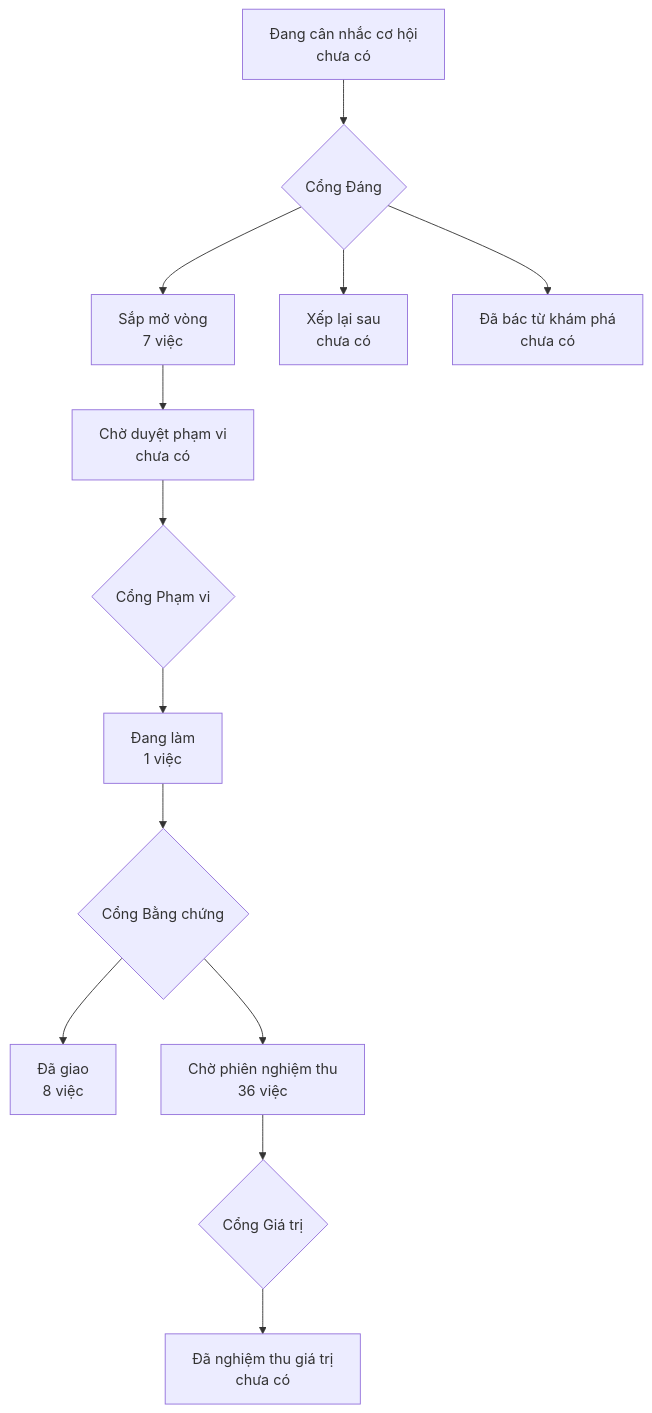
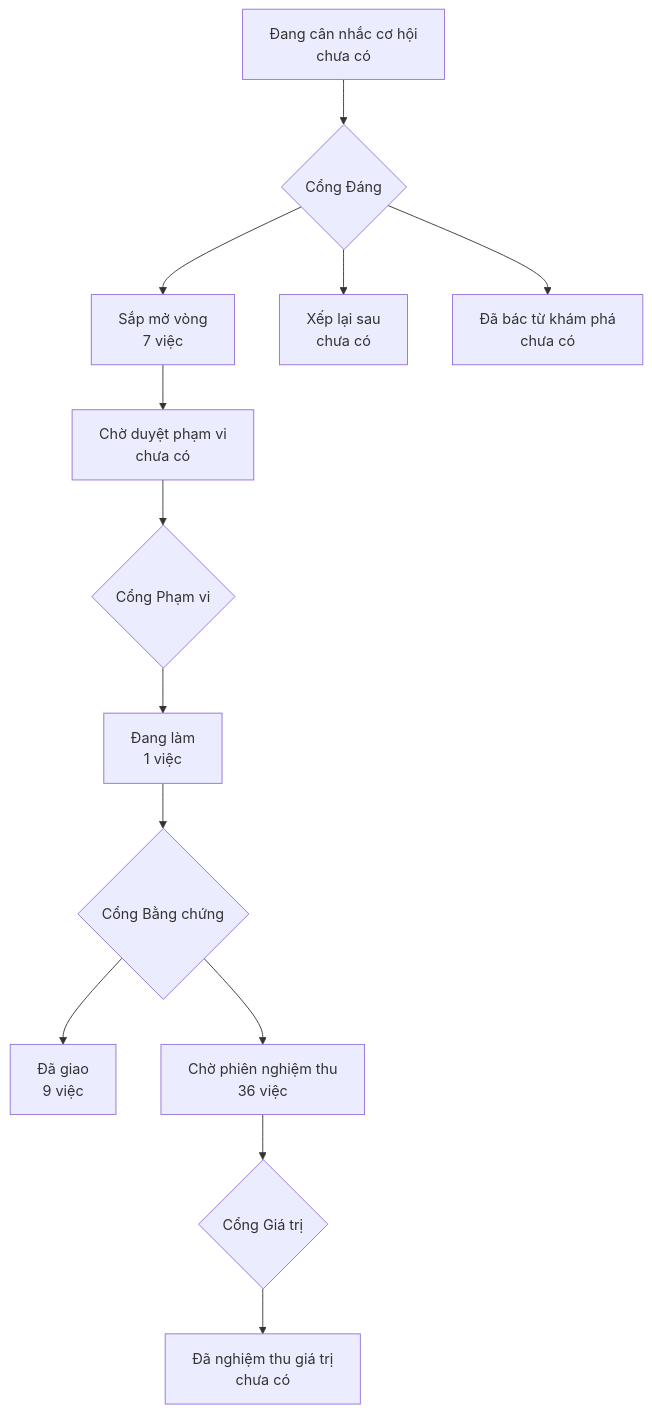
Before and after one commit to phanlemanh/onehub-quy-hang: the diagram in PRODUCT-MAP.md, drawn with Mermaid. The commit also changed other lines of this file and 1 other file, not shown here.

Commit message:
chore: vẽ lại bản đồ sau gộp main

````diff
--- a/PRODUCT-MAP.md
+++ b/PRODUCT-MAP.md
@@ -7,12 +7,12 @@
 ```mermaid
 flowchart TD
   A["Đang cân nhắc cơ hội<br/>chưa có"] --> GD{"Cổng Đáng"}
   GD --> B["Sắp mở vòng<br/>7 việc"]
   GD --> XL["Xếp lại sau<br/>chưa có"]
   GD --> DB["Đã bác từ khám phá<br/>chưa có"]
   B --> CD["Chờ duyệt phạm vi<br/>chưa có"] --> GP{"Cổng Phạm vi"}
   GP --> DL["Đang làm<br/>1 việc"] --> GB{"Cổng Bằng chứng"}
-  GB --> DG["Đã giao<br/>8 việc"]
+  GB --> DG["Đã giao<br/>9 việc"]
   GB --> CN["Chờ phiên nghiệm thu<br/>36 việc"] --> GG{"Cổng Giá trị"}
   GG --> NT["Đã nghiệm thu giá trị<br/>chưa có"]
 ```
````
